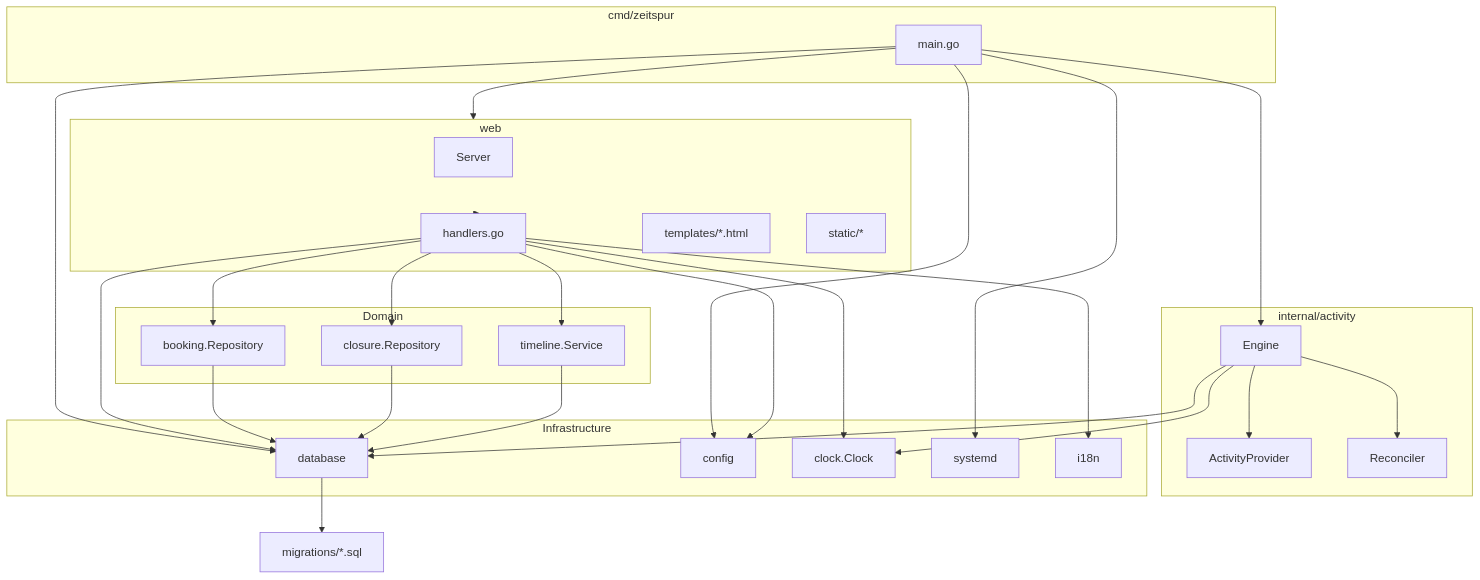
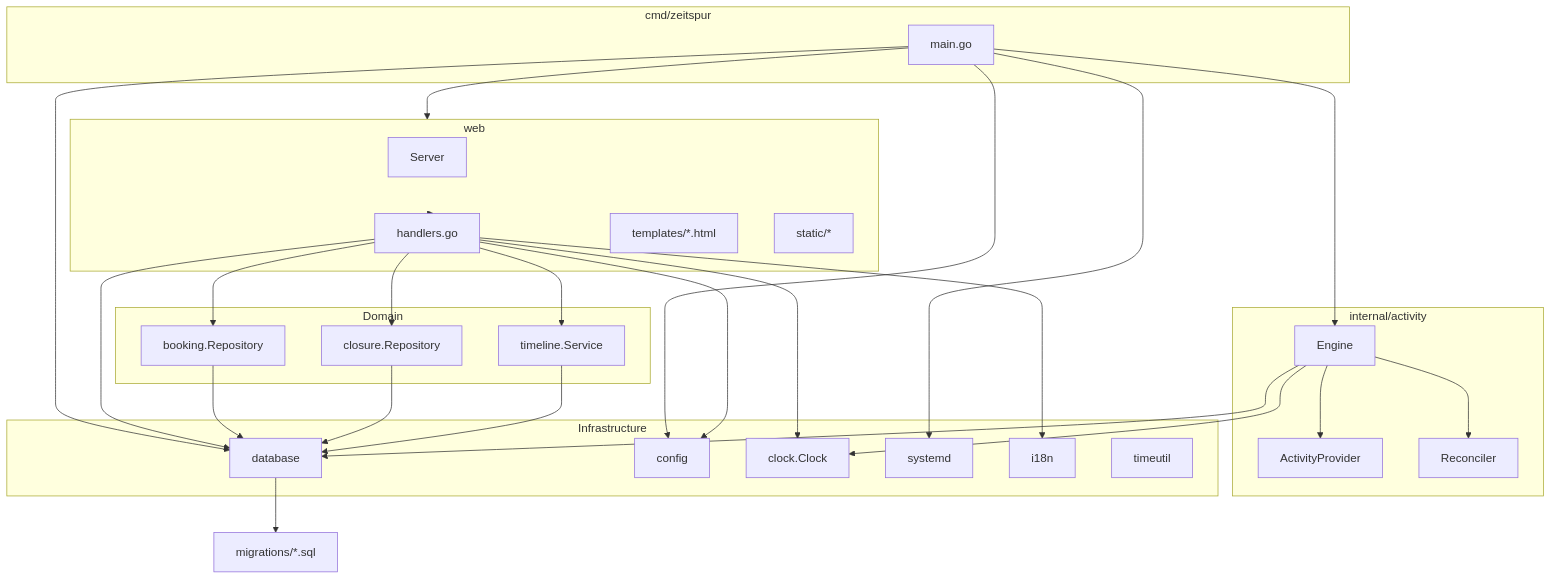
Before and after one commit to smeir/Zeitspur: the second of 8 diagrams in docs/architecture.md, drawn with Mermaid. The commit also changed other lines of this file and 8 other files, not shown here.

````diff
--- a/docs/architecture.md
+++ b/docs/architecture.md
@@ -48,58 +48,59 @@
 ```mermaid
 flowchart TB
   subgraph cmd[cmd/zeitspur]
     main[main.go]
   end
 
   subgraph activity[internal/activity]
     provider[ActivityProvider]
     engine[Engine]
     reconciler[Reconciler]
   end
 
   subgraph domain[Domain]
     booking[booking.Repository]
     closure[closure.Repository]
     timeline[timeline.Service]
   end
 
   subgraph infra[Infrastructure]
     db[database]
     config[config]
     clock[clock.Clock]
     systemd[systemd]
     i18n[i18n]
+    timeutil[timeutil]
   end
 
   subgraph web[web]
     server[Server]
     handlers[handlers.go]
     templates[templates/*.html]
     static[static/*]
   end
 
   main --> engine
   main --> web
   main --> config
   main --> db
   main --> systemd
 
   engine --> provider
   engine --> reconciler
   engine --> clock
   engine --> db
 
   web --> handlers
   handlers --> booking
   handlers --> closure
   handlers --> timeline
   handlers --> config
   handlers --> clock
   handlers --> i18n
   handlers --> db
 
   booking --> db
   closure --> db
   timeline --> db
   db --> migrations[migrations/*.sql]
 ```
````
